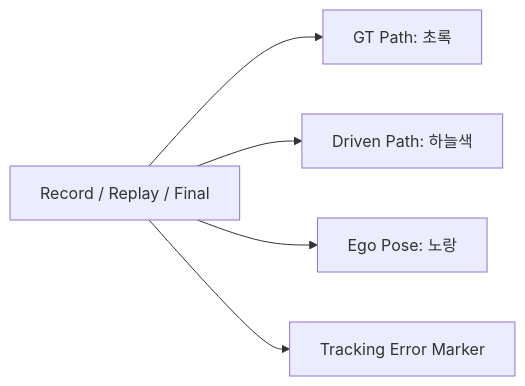
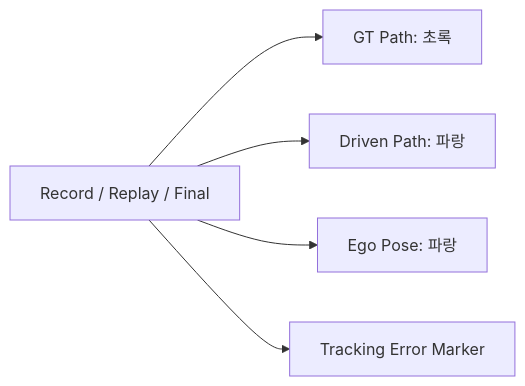
One commit to 2026-Ajou-AutoRacing-Study/AjouNice2026 changed the third of 5 diagrams in base_ws/src/control/view/README.md. Above: the diagram before and after it, drawn with Mermaid. The commit also changed other lines of this file and 26 other files, not shown here.

````diff
--- a/base_ws/src/control/view/README.md
+++ b/base_ws/src/control/view/README.md
@@ -434,7 +433,7 @@
 ```mermaid
 flowchart LR
     HV["Record / Replay / Final"] --> GT["GT Path: 초록"]
-    HV --> EGO["Driven Path: 하늘색"]
-    HV --> POSE["Ego Pose: 노랑"]
+    HV --> EGO["Driven Path: 파랑"]
+    HV --> POSE["Ego Pose: 파랑"]
     HV --> ERR["Tracking Error Marker"]
 ```
````
